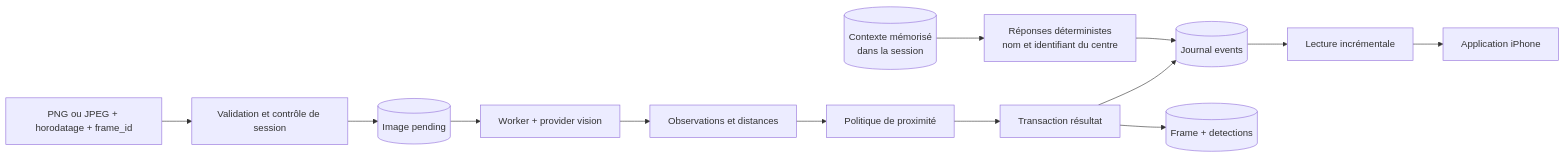
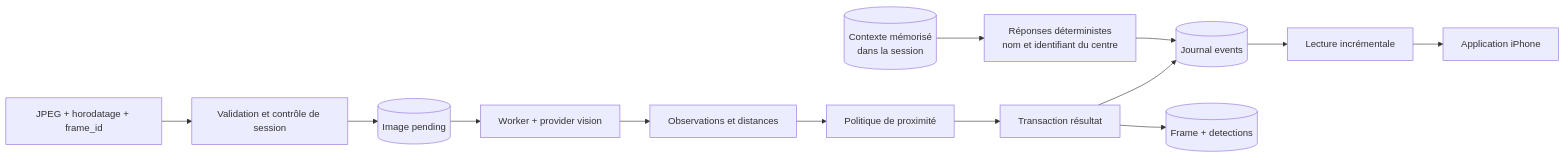
Before and after one commit to Mindsept/Looki--Vision: the fifth of 7 diagrams in docs/01-architecture.md, drawn with Mermaid. The commit also changed other lines of this file and 26 other files, not shown here.

````diff
--- a/docs/01-architecture.md
+++ b/docs/01-architecture.md
@@ -191,15 +191,15 @@
 ```mermaid
 flowchart LR
-    Raw[PNG ou JPEG + horodatage + frame_id] --> Valid[Validation et contrôle de session]
+    Raw[JPEG + horodatage + frame_id] --> Valid[Validation et contrôle de session]
     Valid --> Pending[(Image pending)]
     Pending --> Analysis[Worker + provider vision]
     Context[(Contexte mémorisé<br/>dans la session)] --> Questions[Réponses déterministes<br/>nom et identifiant du centre]
     Questions --> Events
     Analysis --> Observations[Observations et distances]
     Observations --> Rules[Politique de proximité]
     Rules --> Tx[Transaction résultat]
     Tx --> Result[(Frame + detections)]
     Tx --> Events[(Journal events)]
     Events --> Replay[Lecture incrémentale]
     Replay --> Phone[Application iPhone]
 ```
````
